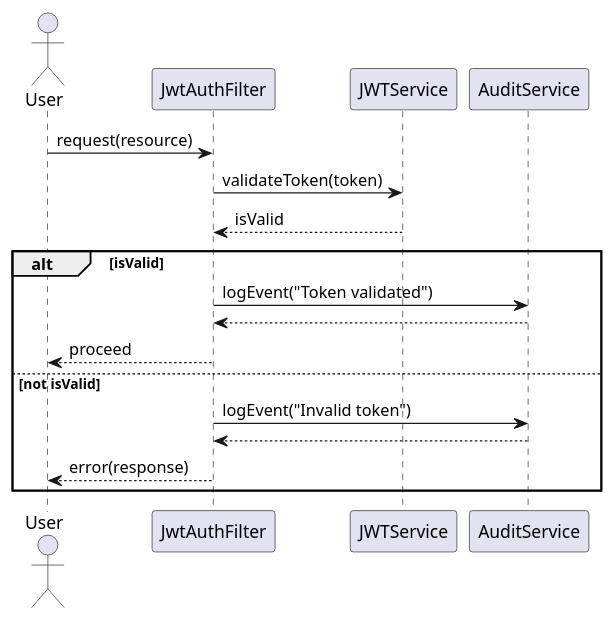
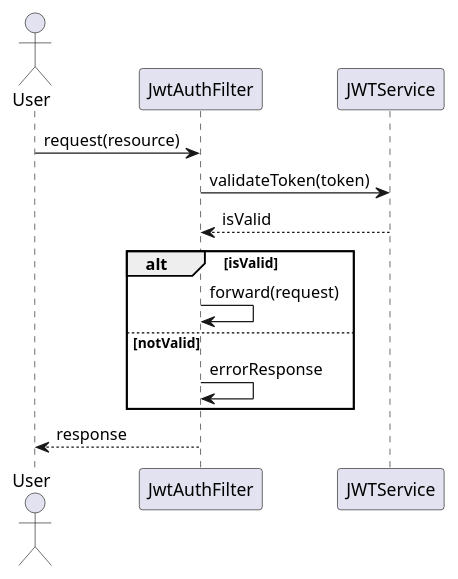
One commit to shreya-cn/autodev.ai changed the third of 5 diagrams in identityprovider/documentation/detaileddesign.adoc. Above: the diagram before and after it, drawn with PlantUML. The commit also changed other lines of this file and 3 other files, not shown here.

````diff
--- a/identityprovider/documentation/detaileddesign.adoc
+++ b/identityprovider/documentation/detaileddesign.adoc
@@ -342,21 +327,18 @@
-```plantuml
+[plantuml, jwt-validation-sequence, png]
+----
 @startuml
 actor User
-participant JwtAuthFilter
-participant JWTService
-participant AuditService
+participant "JwtAuthFilter" as JF
+participant "JWTService" as JS
 
-User -> JwtAuthFilter : request(resource)
-JwtAuthFilter -> JWTService : validateToken(token)
-JWTService --> JwtAuthFilter : isValid
+User -> JF : request(resource)
+JF -> JS : validateToken(token)
+JS --> JF : isValid
 alt isValid
-    JwtAuthFilter -> AuditService : logEvent("Token validated")
-    AuditService --> JwtAuthFilter
-    JwtAuthFilter --> User : proceed
-else not isValid
-    JwtAuthFilter -> AuditService : logEvent("Invalid token")
-    AuditService --> JwtAuthFilter
-    JwtAuthFilter --> User : error(response)
+    JF -> JF : forward(request)
+else notValid
+    JF -> JF : errorResponse
 end
+JF --> User : response
 @enduml
-```
+----
````
